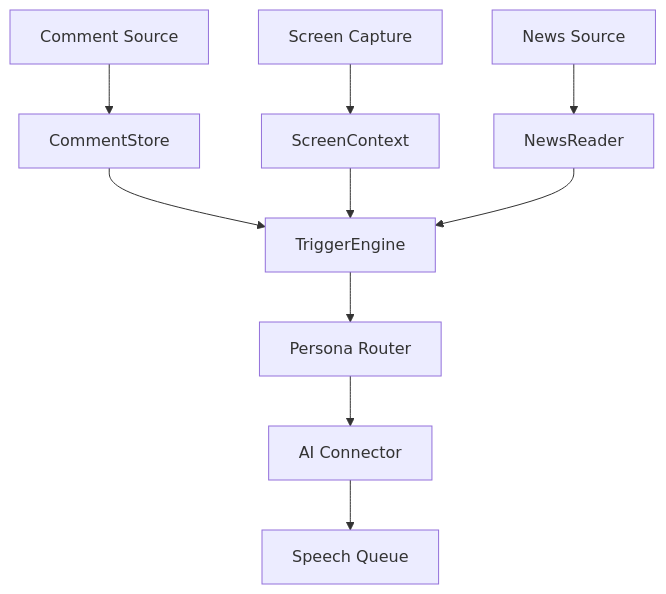
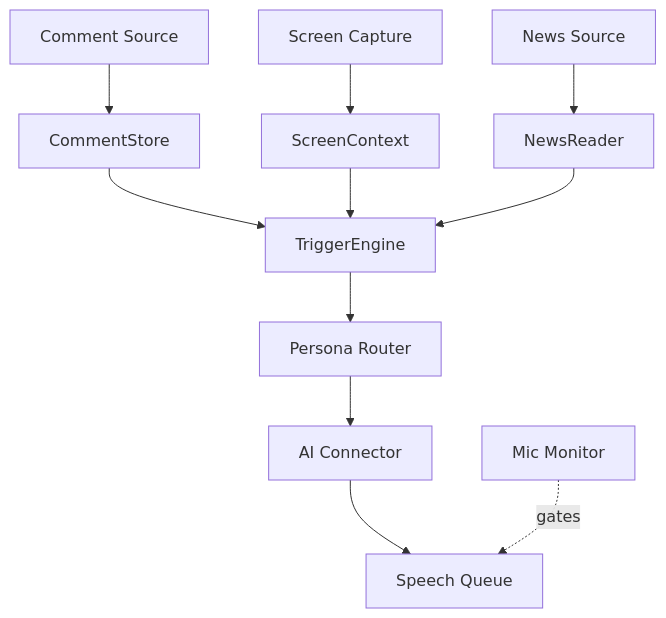
The diagram in README.md (azumag/dociai), drawn with Mermaid before and after one commit. The commit also changed other lines of this file and 13 other files, not shown here.

First line of the commit message:
Add mic monitor (issue #32); fix connector timeout and speech-queue hold bugs

````diff
--- a/README.md
+++ b/README.md
@@ -47,12 +47,13 @@
 ```mermaid
 flowchart TD
   A["Comment Source"] --> B["CommentStore"]
   C["Screen Capture"] --> D["ScreenContext"]
   E["News Source"] --> F["NewsReader"]
   B --> G["TriggerEngine"]
   D --> G
   F --> G
   G --> H["Persona Router"]
   H --> I["AI Connector"]
   I --> J["Speech Queue"]
+  K["Mic Monitor"] -. gates .-> J
 ```
````
